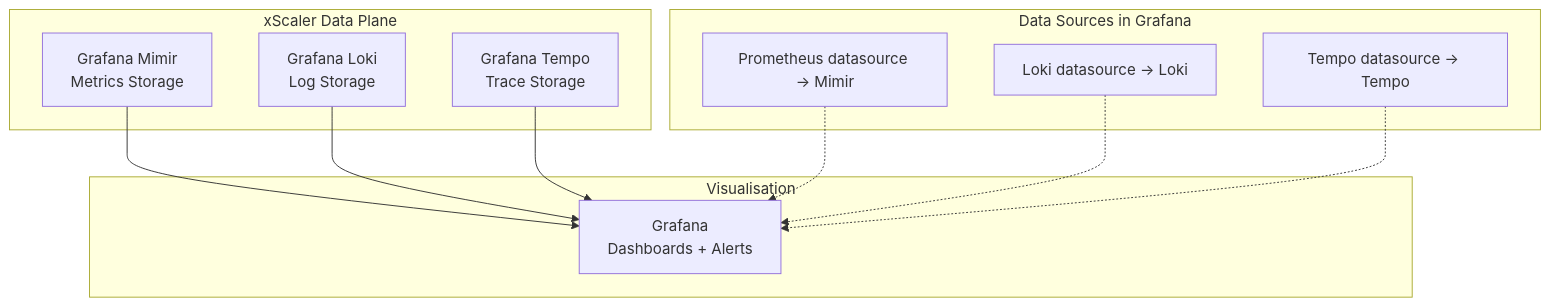
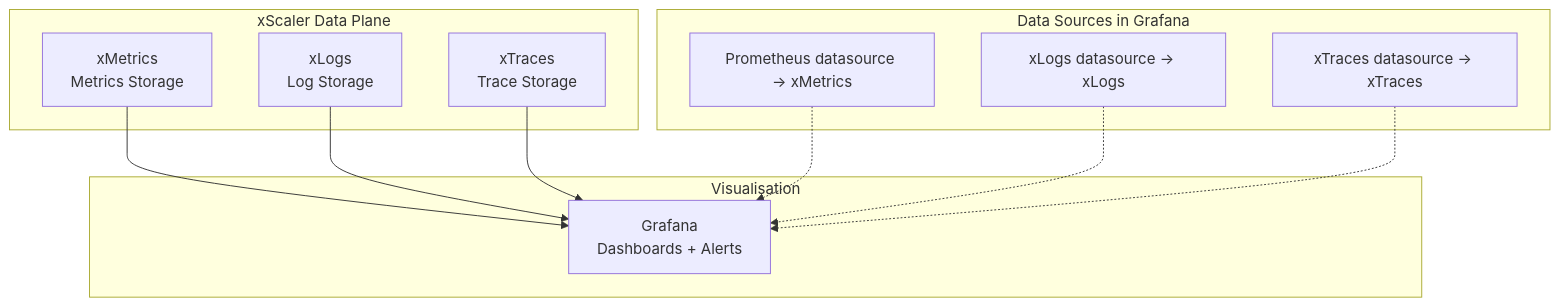
The third of 3 diagrams in docs/session-1/observability-fundamentals.md (xscaler/training), drawn with Mermaid before and after one commit. The commit also changed other lines of this file and 29 other files, not shown here.

````diff
--- a/docs/session-1/observability-fundamentals.md
+++ b/docs/session-1/observability-fundamentals.md
@@ -164,21 +164,21 @@
 ```mermaid
 graph TB
     subgraph "xScaler Data Plane"
-        MI[Grafana Mimir\nMetrics Storage]
-        LO[Grafana Loki\nLog Storage]
-        TE[Grafana Tempo\nTrace Storage]
+        MI[xMetrics\nMetrics Storage]
+        LO[xLogs\nLog Storage]
+        TE[xTraces\nTrace Storage]
     end
 
     subgraph "Visualisation"
         GR[Grafana\nDashboards + Alerts]
     end
 
     subgraph "Data Sources in Grafana"
-        DS1[Prometheus datasource → Mimir]
-        DS2[Loki datasource → Loki]
-        DS3[Tempo datasource → Tempo]
+        DS1[Prometheus datasource → xMetrics]
+        DS2[xLogs datasource → xLogs]
+        DS3[xTraces datasource → xTraces]
     end
 
     MI & LO & TE --> GR
     DS1 & DS2 & DS3 -.-> GR
 ```
````
